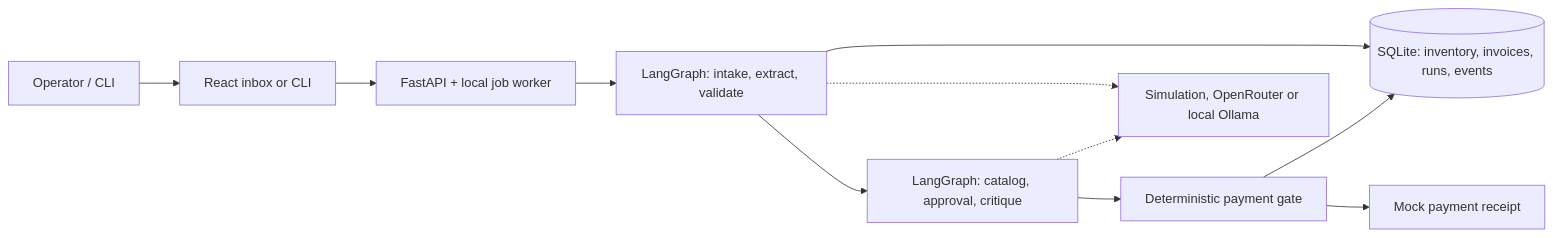
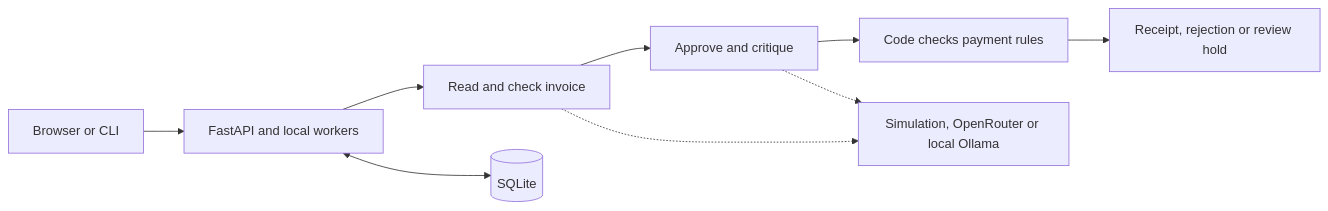
The diagram in README.md (theomthakur/invoice-desk), drawn with Mermaid before and after one commit. The commit also changed other lines of this file, not shown here.

````diff
--- a/README.md
+++ b/README.md
@@ -67,13 +79,11 @@
 ```mermaid
 flowchart LR
-    User["Operator / CLI"] --> UI["React inbox or CLI"]
-    UI --> API["FastAPI + local job worker"]
-    API --> Prep["LangGraph: intake, extract, validate"]
-    Prep --> DB[("SQLite: inventory, invoices, runs, events")]
-    Prep --> Decision["LangGraph: catalog, approval, critique"]
-    Decision --> Gate["Deterministic payment gate"]
-    Gate --> DB
-    Gate --> Mock["Mock payment receipt"]
-    Prep -.-> Provider["Simulation, OpenRouter or local Ollama"]
-    Decision -.-> Provider
+    Input[Browser or CLI] --> API[FastAPI and local workers]
+    API --> Read[Read and check invoice]
+    Read --> Review[Approve and critique]
+    Review --> Gate[Code checks payment rules]
+    Gate --> Result[Receipt, rejection or review hold]
+    API <--> DB[(SQLite)]
+    Read -.-> Model[Simulation, OpenRouter or local Ollama]
+    Review -.-> Model
 ```
````
